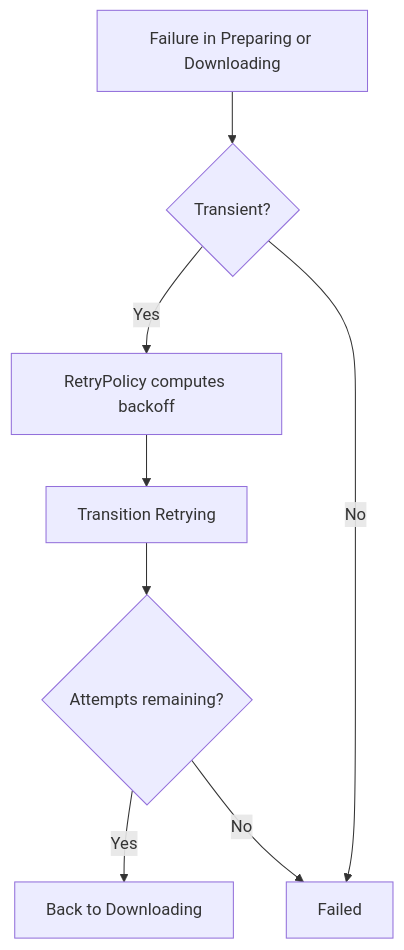
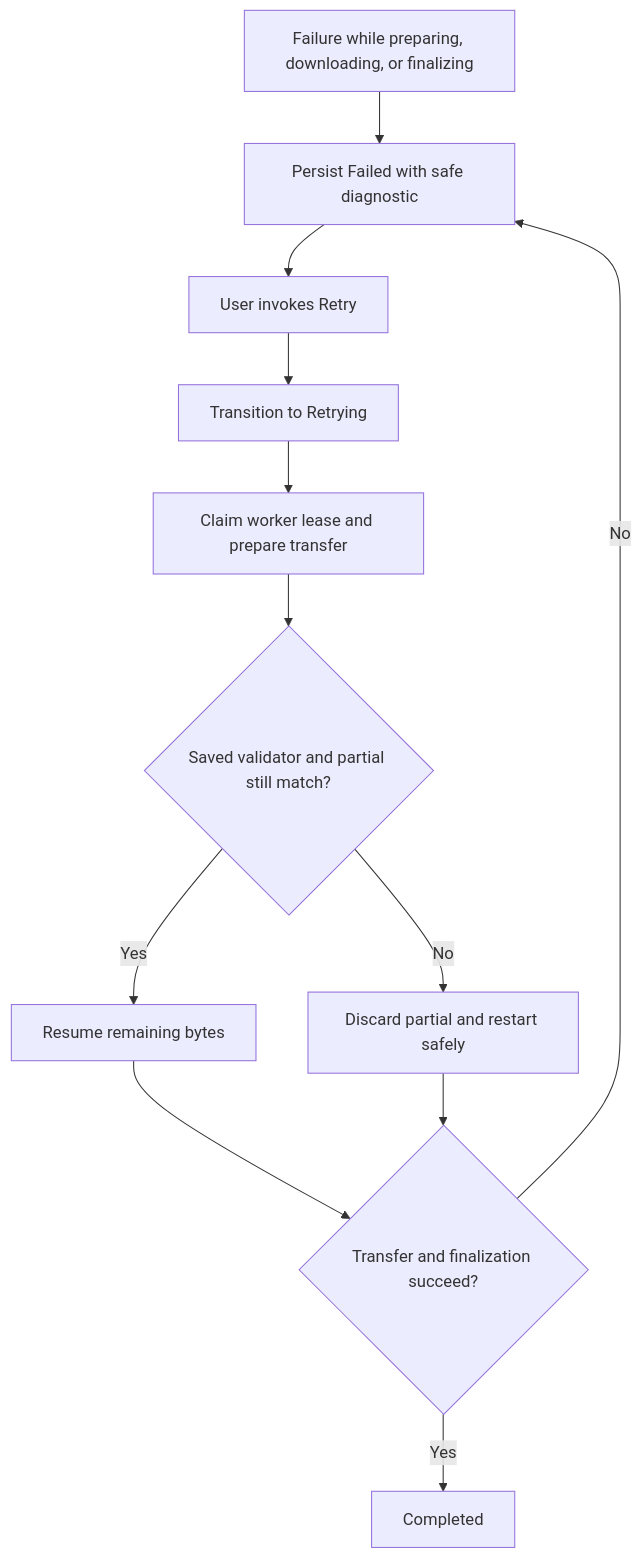
One commit to 0xzahed/SonicFetch changed the third of 4 diagrams in docs/download-state-machine.md. Above: the diagram before and after it, drawn with Mermaid. The commit also changed other lines of this file and 31 other files, not shown here.

````diff
--- a/docs/download-state-machine.md
+++ b/docs/download-state-machine.md
@@ -64,10 +72,14 @@
 ```mermaid
 flowchart TD
-    A[Failure in Preparing or Downloading] --> B{Transient?}
-    B -->|Yes| C[RetryPolicy computes backoff]
-    C --> D[Transition Retrying]
-    D --> E{Attempts remaining?}
-    E -->|Yes| F[Back to Downloading]
-    E -->|No| G[Failed]
-    B -->|No| G
+    A[Failure while preparing, downloading, or finalizing] --> B[Persist Failed with safe diagnostic]
+    B --> C[User invokes Retry]
+    C --> D[Transition to Retrying]
+    D --> E[Claim worker lease and prepare transfer]
+    E --> F{Saved validator and partial still match?}
+    F -->|Yes| G[Resume remaining bytes]
+    F -->|No| H[Discard partial and restart safely]
+    G --> I{Transfer and finalization succeed?}
+    H --> I
+    I -->|Yes| J[Completed]
+    I -->|No| B
 ```
````
